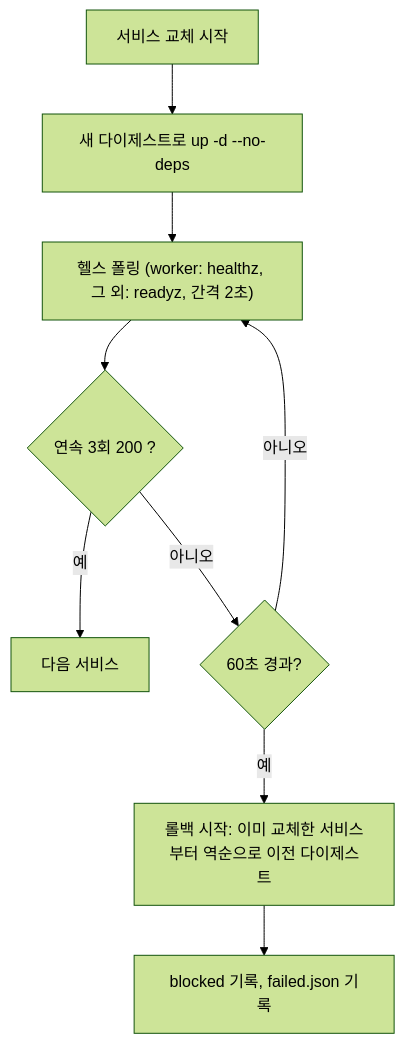
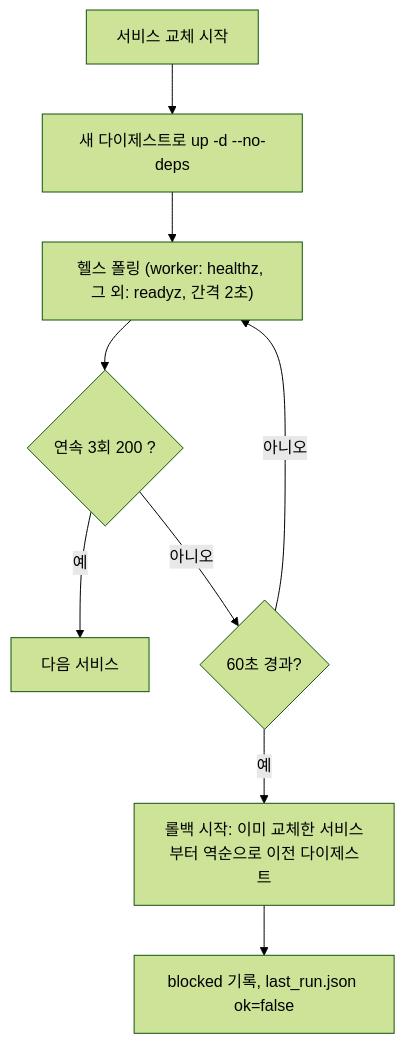
One commit to 1985jwlee/portpolio_backend changed diagram 28 of 42 in docs/design/features/17-ops-observability.md. Above: the diagram before and after it, drawn with Mermaid (forest theme). The commit also changed other lines of this file and 18 other files, not shown here.

````diff
--- a/docs/design/features/17-ops-observability.md
+++ b/docs/design/features/17-ops-observability.md
@@ -1551,11 +1566,11 @@
 ```mermaid
 flowchart TD
     A["서비스 교체 시작"] --> B["새 다이제스트로 up -d --no-deps"]
     B --> C["헬스 폴링 (worker: healthz, 그 외: readyz, 간격 2초)"]
     C --> D{"연속 3회 200 ?"}
     D -- "예" --> OK["다음 서비스"]
     D -- "아니오" --> E{"60초 경과?"}
     E -- "아니오" --> C
     E -- "예" --> F["롤백 시작: 이미 교체한 서비스부터 역순으로 이전 다이제스트"]
-    F --> G["blocked 기록, failed.json 기록"]
+    F --> G["blocked 기록, last_run.json ok=false"]
 ```
````
